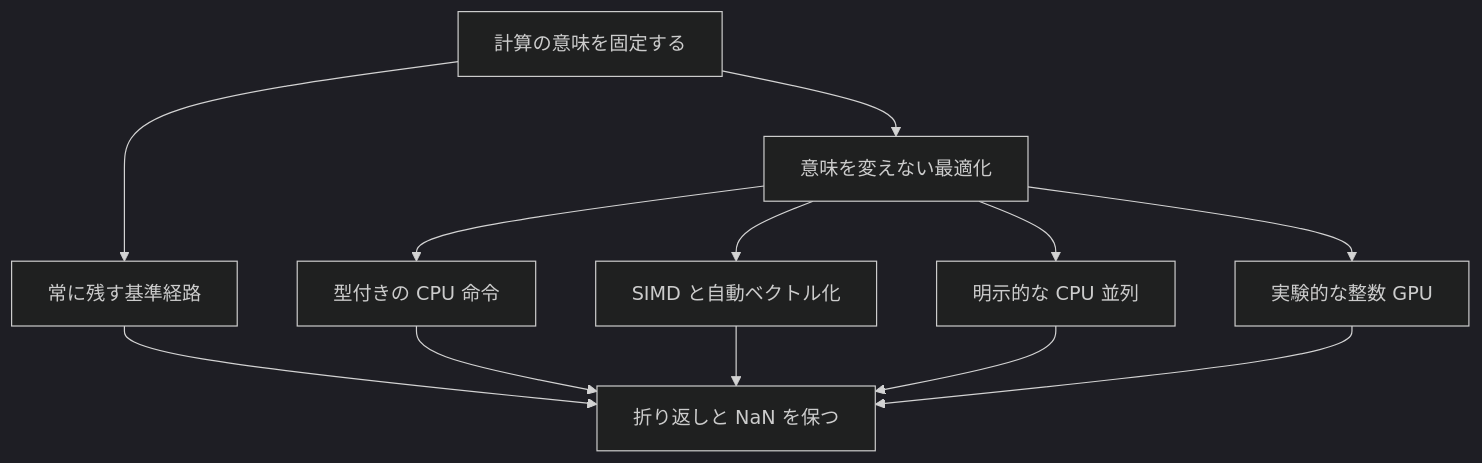
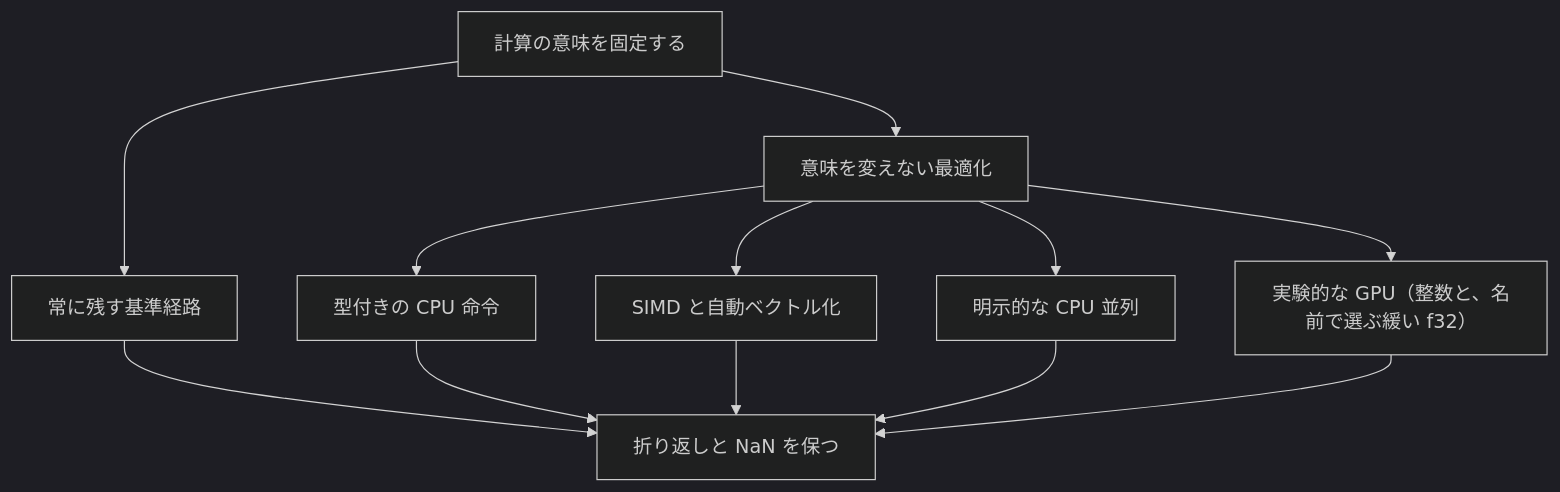
The diagram in _tsuzuri/language-reference/languages/strategy.md (tatsuya-midorikawa/Tsuzuri), drawn with Mermaid (dark theme) before and after one commit. The commit also changed other lines of this file and 18 other files, not shown here.

````diff
--- a/_tsuzuri/language-reference/languages/strategy.md
+++ b/_tsuzuri/language-reference/languages/strategy.md
@@ -60,14 +60,14 @@
 ```mermaid
 flowchart TD
   meaning["計算の意味を固定する"] --> portable["常に残す基準経路"]
   meaning --> tuned["意味を変えない最適化"]
   tuned --> scalar["型付きの CPU 命令"]
   tuned --> simd["SIMD と自動ベクトル化"]
   tuned --> parallel["明示的な CPU 並列"]
-  tuned --> gpu["実験的な整数 GPU"]
+  tuned --> gpu["実験的な GPU（整数と、名前で選ぶ緩い f32）"]
   portable --> same["折り返しと NaN を保つ"]
   scalar --> same
   simd --> same
   parallel --> same
   gpu --> same
 ```
````
